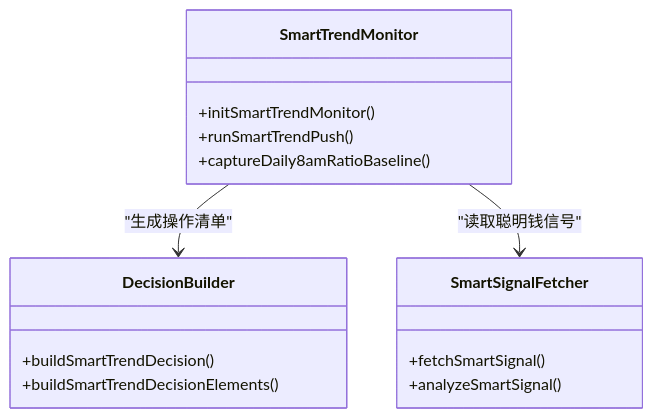
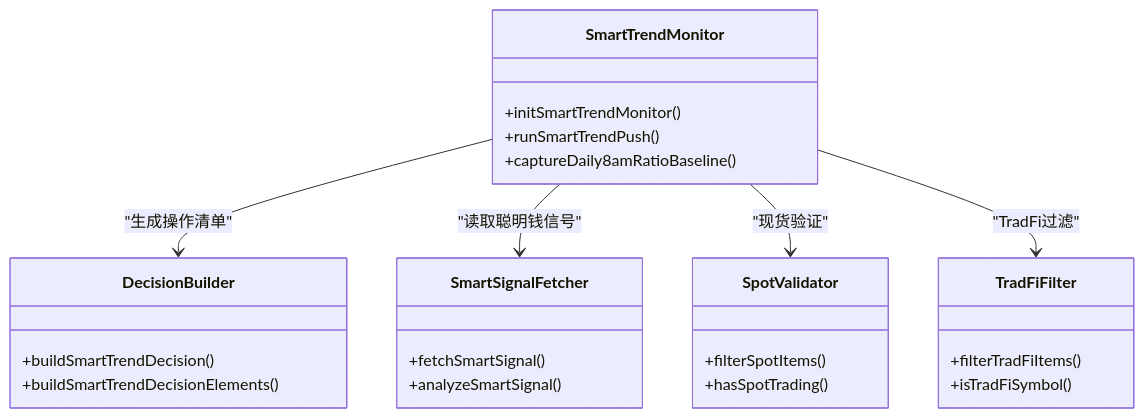
The seventh of 10 diagrams in .qoder/repowiki/zh/content/核心功能模块/暴跌风险预警.md (kekexilinan/BinaceSmart), drawn with Mermaid before and after one commit. The commit also changed other lines of this file and 63 other files, not shown here.

````diff
--- a/.qoder/repowiki/zh/content/核心功能模块/暴跌风险预警.md
+++ b/.qoder/repowiki/zh/content/核心功能模块/暴跌风险预警.md
@@ -316,18 +414,28 @@
 ```mermaid
 classDiagram
 class SmartTrendMonitor {
 +initSmartTrendMonitor()
 +runSmartTrendPush()
 +captureDaily8amRatioBaseline()
 }
 class DecisionBuilder {
 +buildSmartTrendDecision()
 +buildSmartTrendDecisionElements()
 }
 class SmartSignalFetcher {
 +fetchSmartSignal()
 +analyzeSmartSignal()
 }
+class SpotValidator {
++filterSpotItems()
++hasSpotTrading()
+}
+class TradFiFilter {
++filterTradFiItems()
++isTradFiSymbol()
+}
 SmartTrendMonitor --> DecisionBuilder : "生成操作清单"
 SmartTrendMonitor --> SmartSignalFetcher : "读取聪明钱信号"
+SmartTrendMonitor --> SpotValidator : "现货验证"
+SmartTrendMonitor --> TradFiFilter : "TradFi过滤"
 ```
````
